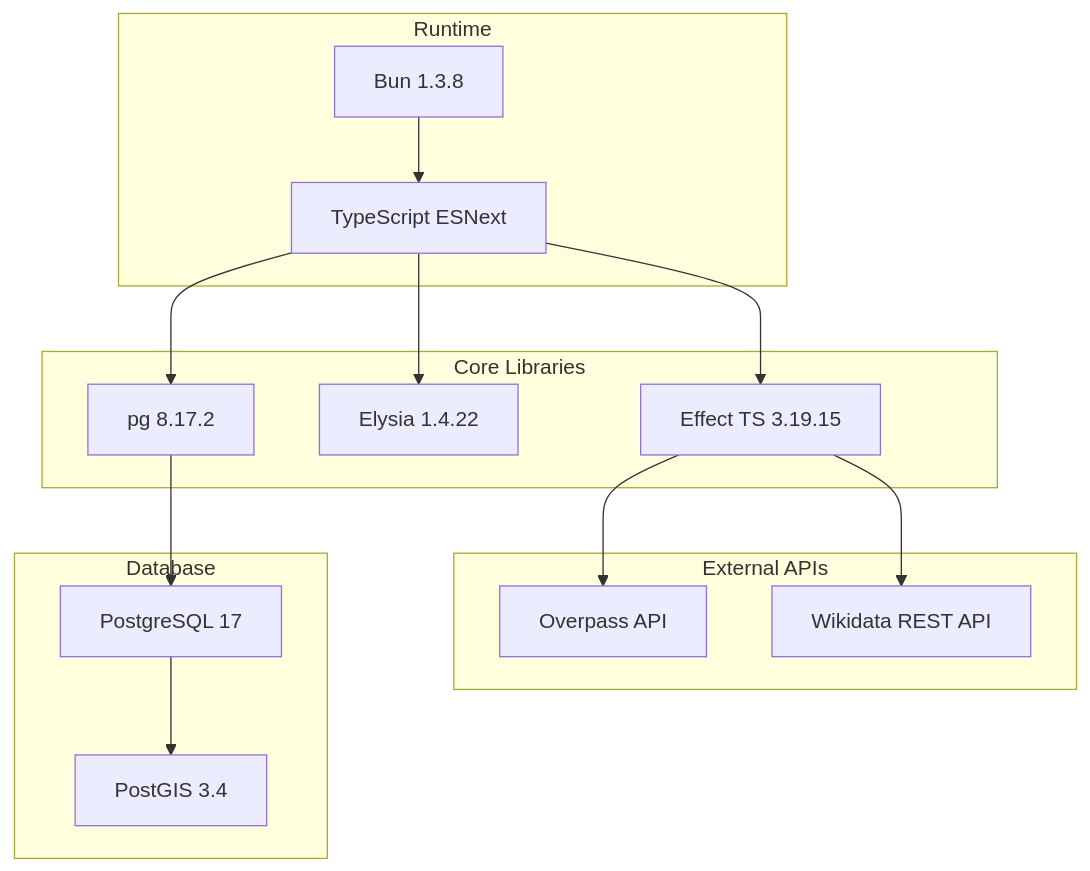
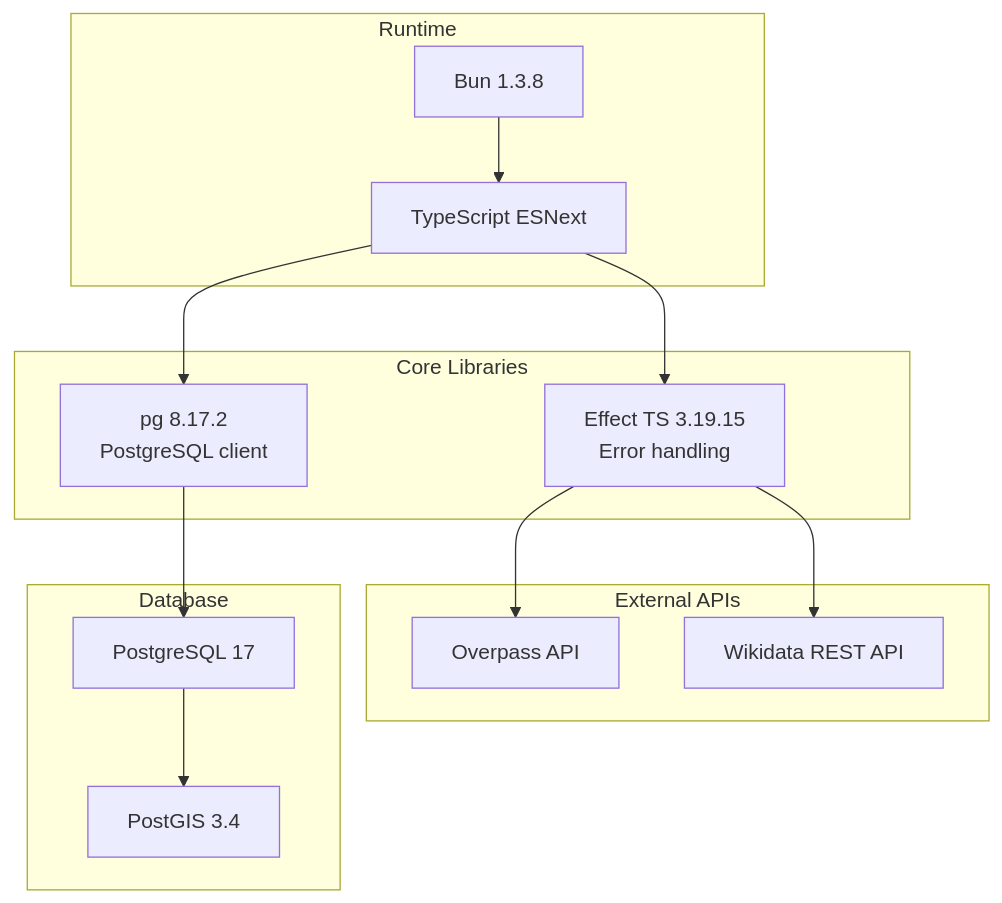
One commit to DaxServer/geocode-commons-categories changed the fifth of 6 diagrams in docs/import/visual-overview.md. Above: the diagram before and after it, drawn with Mermaid. The commit also changed other lines of this file and 11 other files, not shown here.

````diff
--- a/docs/import/visual-overview.md
+++ b/docs/import/visual-overview.md
@@ -289,35 +111,32 @@
 ```mermaid
 graph TB
     subgraph "Runtime"
         BUN[Bun 1.3.8]
         TS[TypeScript ESNext]
     end
 
     subgraph "Core Libraries"
-        EFFECT[Effect TS 3.19.15]
-        ELYSIA[Elysia 1.4.22]
-        PG[pg 8.17.2]
+        EFFECT[Effect TS 3.19.15<br/>Error handling]
+        PG[pg 8.17.2<br/>PostgreSQL client]
     end
 
     subgraph "External APIs"
         OVER[Overpass API]
         WIKI[Wikidata REST API]
     end
 
     subgraph "Database"
         POSTGRES[PostgreSQL 17]
         POSTGIS[PostGIS 3.4]
     end
 
     BUN --> TS
     TS --> EFFECT
-    TS --> ELYSIA
     TS --> PG
 
     EFFECT --> OVER
     EFFECT --> WIKI
 
     PG --> POSTGRES
     POSTGRES --> POSTGIS
-
 ```
````
